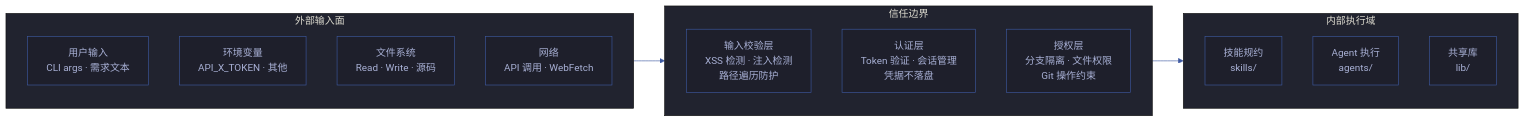
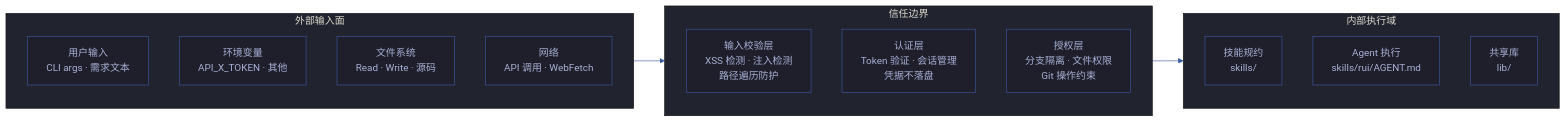
One commit to effiy/YrY changed the first of 3 diagrams in cdn/yry-arch/scenes/场景-5-信任边界与安全面/index.md. Above: the diagram before and after it, drawn with Mermaid. The commit also changed other lines of this file and 1028 other files, not shown here.

````diff
--- a/cdn/yry-arch/scenes/场景-5-信任边界与安全面/index.md
+++ b/cdn/yry-arch/scenes/场景-5-信任边界与安全面/index.md
@@ -37,34 +38,34 @@
 ```mermaid
 %%{init: {'theme': 'base', 'themeVariables': {
   'primaryColor': '#1e1f2b',
   'primaryTextColor': '#a9b1d6',
   'primaryBorderColor': '#3d59a1',
   'lineColor': '#3d59a1',
   'secondaryColor': '#2b2d3b',
   'tertiaryColor': '#21232f'
 }}}%%
 flowchart LR
     subgraph 外部["外部输入面"]
         direction TB
         U["用户输入<br/>CLI args · 需求文本"]:::entry
         E["环境变量<br/>API_X_TOKEN · 其他"]:::entry
         F["文件系统<br/>Read · Write · 源码"]:::entry
         N["网络<br/>API 调用 · WebFetch"]:::entry
     end
 
     subgraph 边界["信任边界"]
         direction TB
         B1["输入校验层<br/>XSS 检测 · 注入检测<br/>路径遍历防护"]:::gate
         B2["认证层<br/>Token 验证 · 会话管理<br/>凭据不落盘"]:::gate
         B3["授权层<br/>分支隔离 · 文件权限<br/>Git 操作约束"]:::gate
     end
 
     subgraph 内部["内部执行域"]
         direction TB
         S["技能规约<br/>skills/"]:::core
-        A["Agent 执行<br/>agents/"]:::core
+        A["Agent 执行<br/>skills/rui/AGENT.md"]:::core
         L["共享库<br/>lib/"]:::core
     end
 
     外部 --> 边界 --> 内部
 ```
````
